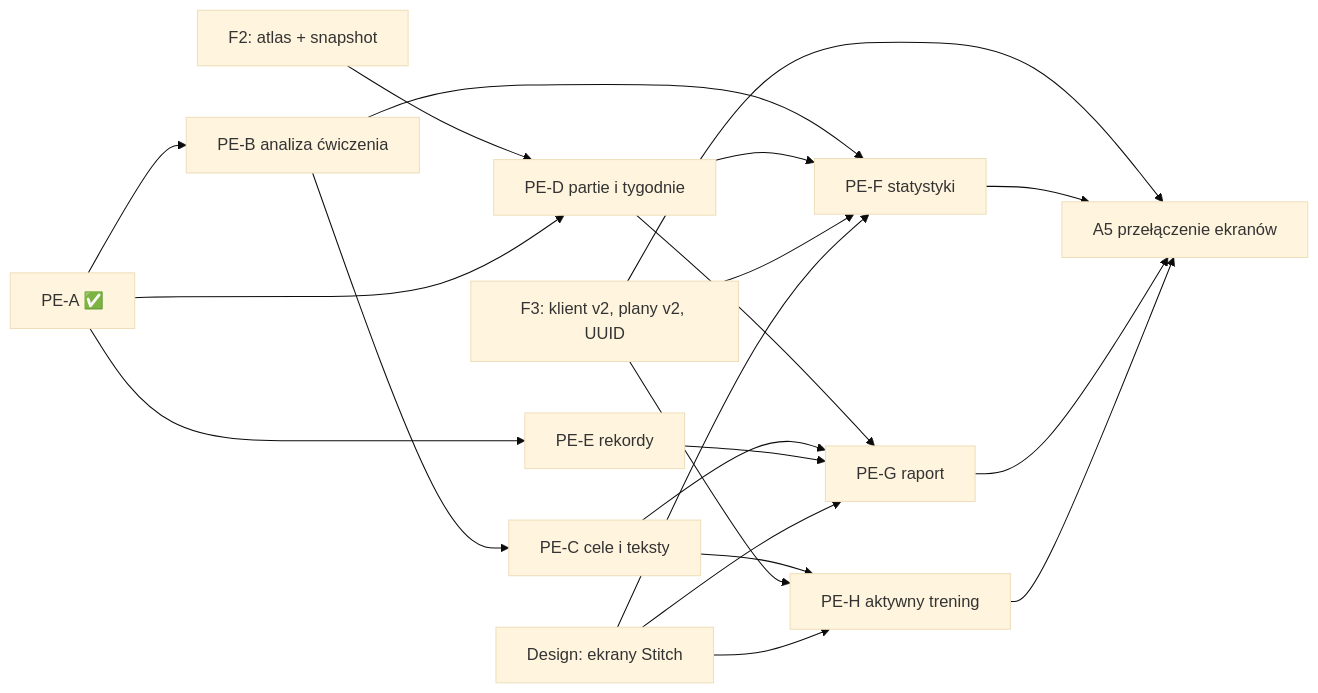
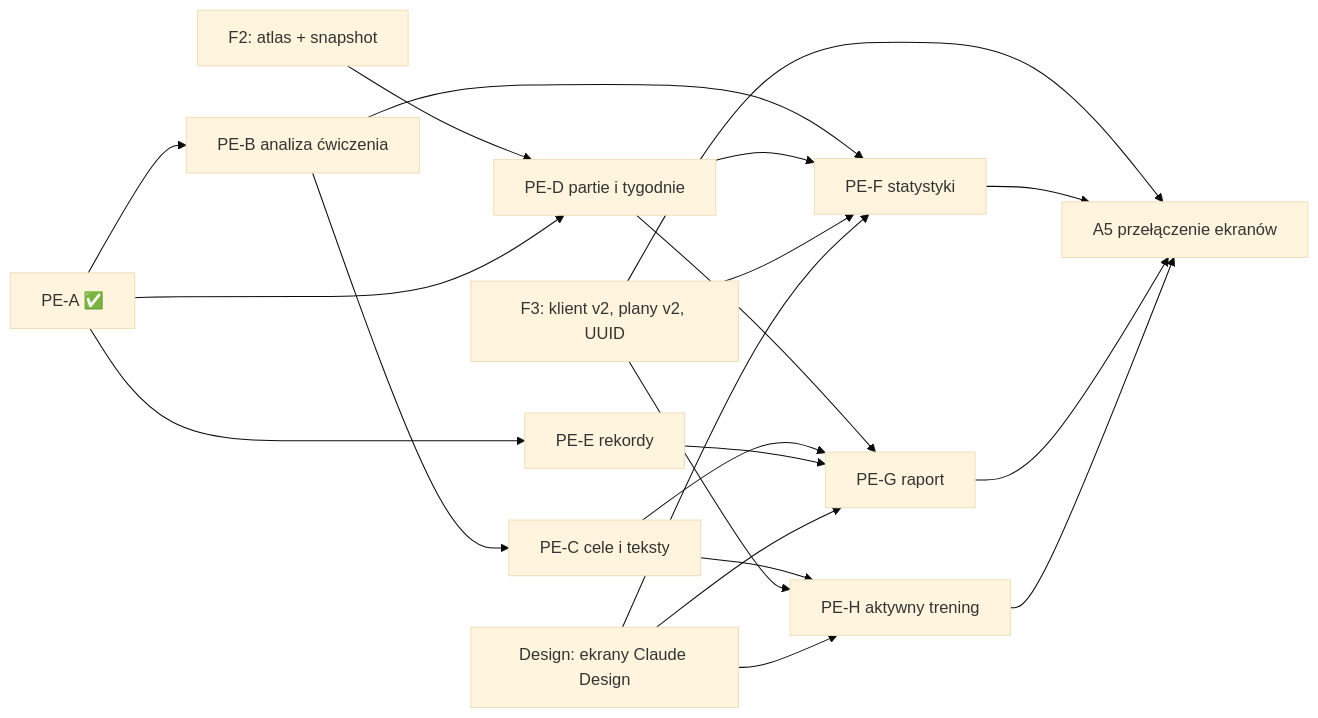
The diagram in docs/roadmap/REPORTING_ENGINE_MAP.md (jrajfur89/NEXTREP), drawn with Mermaid (base theme) before and after one commit. The commit also changed 14 other files, not shown here.

````diff
--- a/docs/roadmap/REPORTING_ENGINE_MAP.md
+++ b/docs/roadmap/REPORTING_ENGINE_MAP.md
@@ -62,23 +62,23 @@
 ```mermaid
 graph LR
   F2[F2: atlas + snapshot] --> PED
   PEA[PE-A ✅] --> PEB[PE-B analiza ćwiczenia]
   PEA --> PED[PE-D partie i tygodnie]
   PEA --> PEE[PE-E rekordy]
   PEB --> PEC[PE-C cele i teksty]
   PEB --> PEF[PE-F statystyki]
   PED --> PEF
   PED --> PEG[PE-G raport]
   PEC --> PEG
   PEE --> PEG
   PEC --> PEH[PE-H aktywny trening]
   F3[F3: klient v2, plany v2, UUID] --> PEF
   F3 --> PEH
   F3 --> A5[A5 przełączenie ekranów]
   PEF --> A5
   PEG --> A5
   PEH --> A5
-  DES[Design: ekrany Stitch] --> PEF
+  DES[Design: ekrany Claude Design] --> PEF
   DES --> PEG
   DES --> PEH
 ```
````
